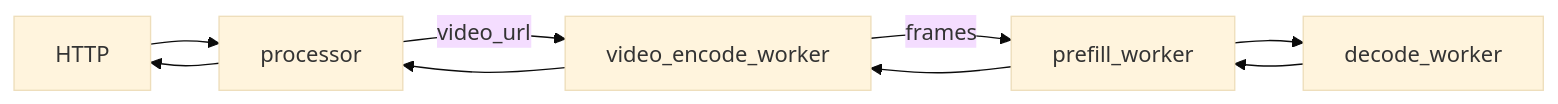
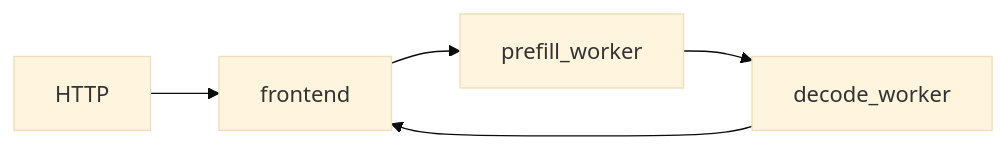
The sixth of 10 diagrams in docs/features/multimodal/multimodal-vllm.md (ai-dynamo/dynamo), drawn with Mermaid (base theme) before and after one commit. The commit also changed other lines of this file and 25 other files, not shown here.

````diff
--- a/docs/features/multimodal/multimodal-vllm.md
+++ b/docs/features/multimodal/multimodal-vllm.md
@@ -310,11 +306,7 @@
 ```mermaid
 flowchart LR
-  HTTP --> processor
-  processor --> HTTP
-  processor --video_url--> video_encode_worker
-  video_encode_worker --> processor
-  video_encode_worker --frames--> prefill_worker
-  prefill_worker --> video_encode_worker
+  HTTP --> frontend
+  frontend --> prefill_worker
   prefill_worker --> decode_worker
-  decode_worker --> prefill_worker
+  decode_worker --> frontend
 ```
````
